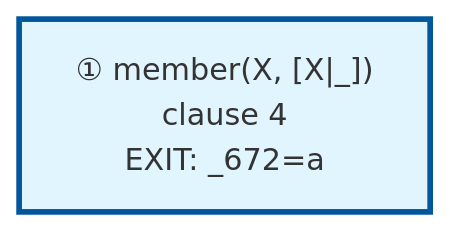
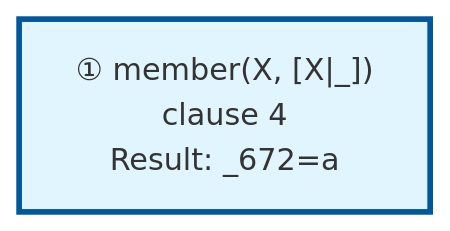
One commit to jarecsni/prolog-trace-viz changed the diagram in examples/member-output.md. Above: the diagram before and after it, drawn with Mermaid. The commit also changed other lines of this file and 13 other files, not shown here.

````diff
--- a/examples/member-output.md
+++ b/examples/member-output.md
@@ -31,11 +31,11 @@
 ```mermaid
 graph TD
 
 %% Nodes
-A["① member(X, [X|_])<br/>clause 4<br/>EXIT: _672=a"]
+A["① member(X, [X|_])<br/>clause 4<br/>Result: _672=a"]
 
 %% Edges
 
 %% Styles
 style A fill:#e1f5ff,stroke:#01579b,stroke-width:3px
 ```
````
